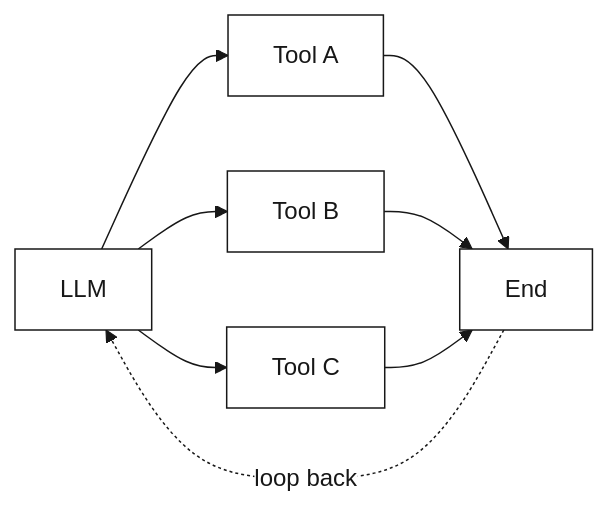
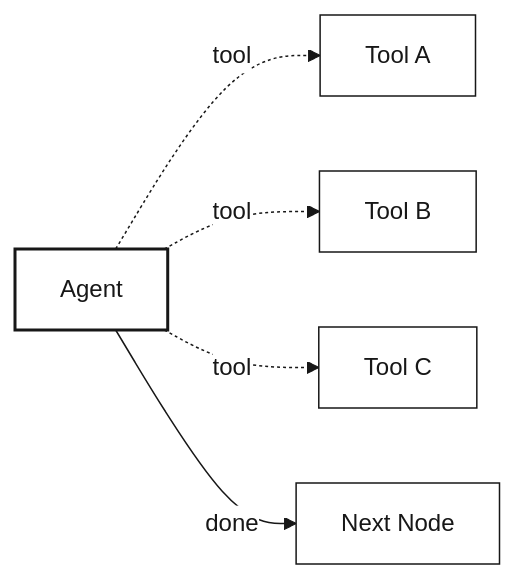
The fifth of 8 diagrams in concepts/edges.mdx (splox-ai/docs), drawn with Mermaid before and after one commit. The commit also changed other lines of this file and 5 other files, not shown here.

````diff
--- a/concepts/edges.mdx
+++ b/concepts/edges.mdx
@@ -278,17 +270,14 @@
     ```mermaid
     %%{init: {'theme':'base', 'themeVariables': {'primaryColor':'#f5f5f5','primaryTextColor':'#171717','primaryBorderColor':'#171717','lineColor':'#171717','secondaryColor':'#ffffff','tertiaryColor':'#f5f5f5','background':'#ffffff','mainBkg':'#f5f5f5','secondBkg':'#ffffff','textColor':'#171717','nodeTextColor':'#171717','nodeBorder':'#171717','edgeLabelBackground':'#ffffff'}}}%%
     graph LR
-      LLM --> ToolA[Tool A]
-      LLM --> ToolB[Tool B]
-      LLM --> ToolC[Tool C]
-      ToolA --> End
-      ToolB --> End
-      ToolC --> End
-      End -.loop back.-> LLM
+      Agent[Agent] -.->|tool| ToolA[Tool A]
+      Agent -.->|tool| ToolB[Tool B]
+      Agent -.->|tool| ToolC[Tool C]
+      Agent -->|done| Next[Next Node]
       
-      style LLM fill:#ffffff,stroke:#171717
+      style Agent fill:#ffffff,stroke:#171717,stroke-width:2px
       style ToolA fill:#ffffff,stroke:#171717
       style ToolB fill:#ffffff,stroke:#171717
       style ToolC fill:#ffffff,stroke:#171717
-      style End fill:#ffffff,stroke:#171717
+      style Next fill:#ffffff,stroke:#171717
     ```
````
